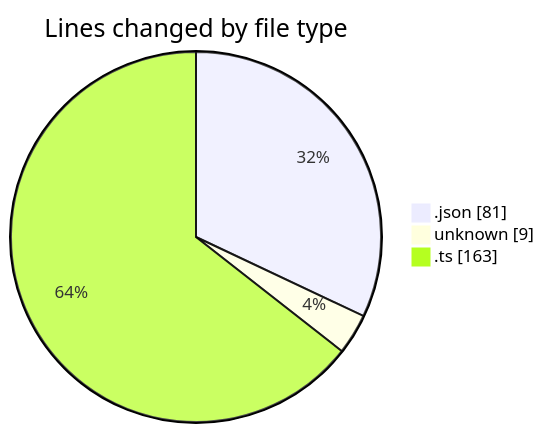
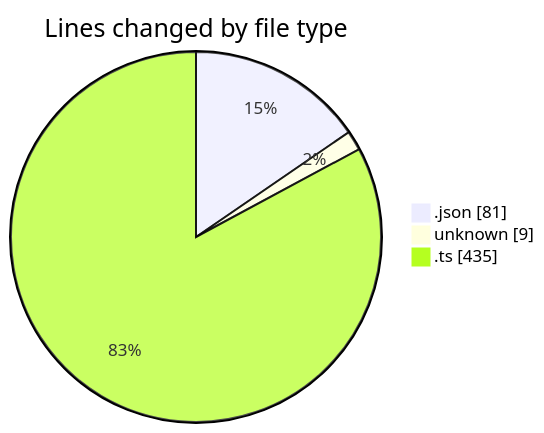
The first of 2 diagrams in 2025-08-23/chatgpt-extension/README.md (EIIisD/code-tracking), drawn with Mermaid before and after one commit. The commit also changed other lines of this file and 1 other file, not shown here.

````diff
--- a/2025-08-23/chatgpt-extension/README.md
+++ b/2025-08-23/chatgpt-extension/README.md
@@ -23,7 +24,7 @@
 ```mermaid
 pie showData
 title Lines changed by file type
 ".json" : 81
 "unknown" : 9
-".ts" : 163
+".ts" : 435
 ```
````
